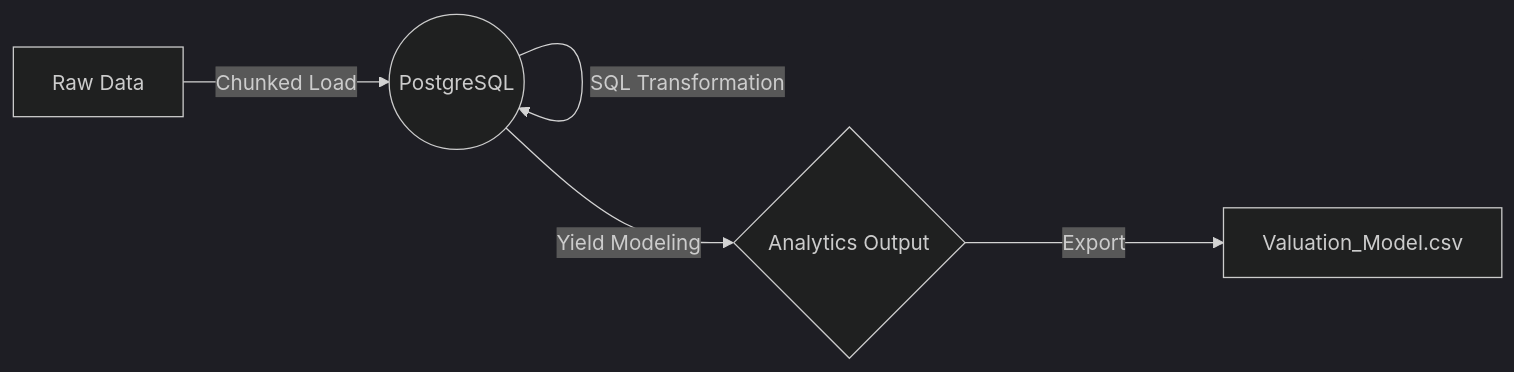
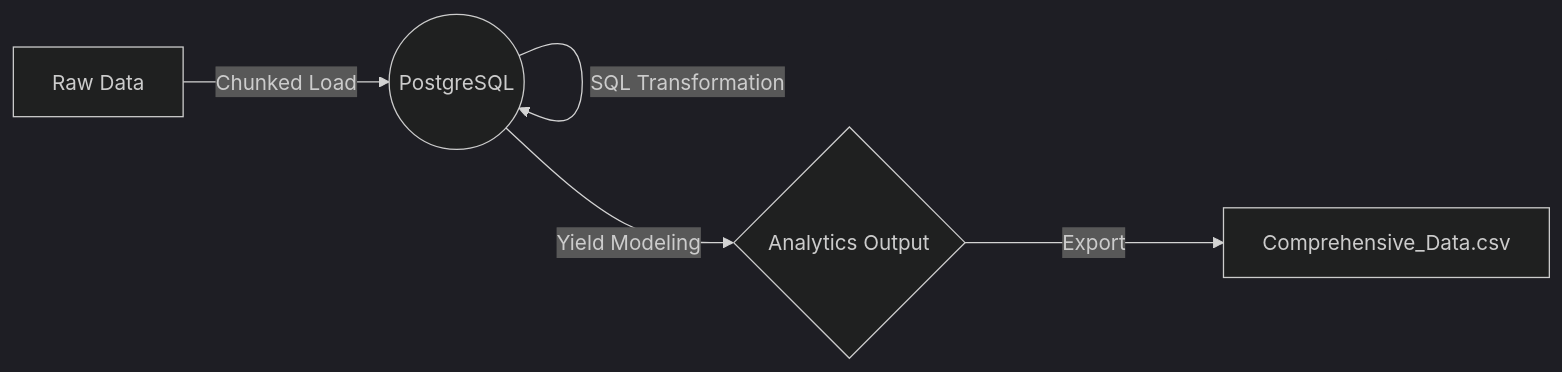
The diagram in README.md (shauryeezy/airbnb_tokyo-nyc), drawn with Mermaid (dark theme) before and after one commit. The commit also changed other lines of this file and 15 other files, not shown here.

````diff
--- a/README.md
+++ b/README.md
@@ -50,7 +85,7 @@
 ```mermaid
 graph LR
     A[Raw Data] -->|Chunked Load| B((PostgreSQL))
     B -->|SQL Transformation| B
     B -->|Yield Modeling| C{Analytics Output}
-    C -->|Export| D[Valuation_Model.csv]
+    C -->|Export| D[Comprehensive_Data.csv]
 ```
````
